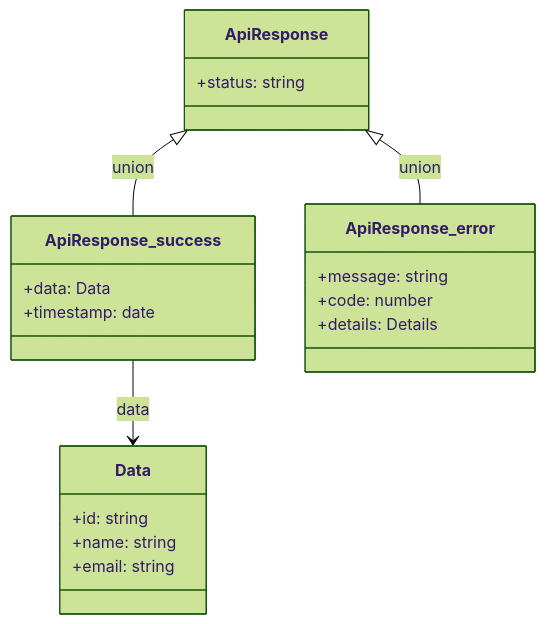
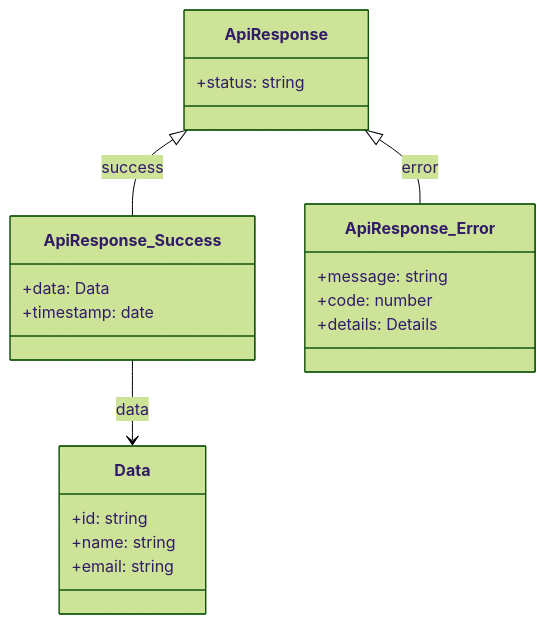
One commit to kothar/zod-mermaid changed the ninth of 13 diagrams in examples/mermaid-examples.md. Above: the diagram before and after it, drawn with Mermaid (forest theme). The commit also changed other lines of this file and 4 other files, not shown here.

````diff
--- a/examples/mermaid-examples.md
+++ b/examples/mermaid-examples.md
@@ -184,23 +184,23 @@
 ```mermaid
 classDiagram
     class ApiResponse {
         +status: string
     }
-    class ApiResponse_success {
+    class ApiResponse_Success {
         +data: Data
         +timestamp: date
     }
     class Data {
         +id: string
         +name: string
         +email: string
     }
-    class ApiResponse_error {
+    class ApiResponse_Error {
         +message: string
         +code: number
         +details: Details
     }
-    ApiResponse_success --> Data : data
-    ApiResponse <|-- ApiResponse_success : union
-    ApiResponse <|-- ApiResponse_error : union
+    ApiResponse_Success --> Data : data
+    ApiResponse <|-- ApiResponse_Success : success
+    ApiResponse <|-- ApiResponse_Error : error
 ```
````
